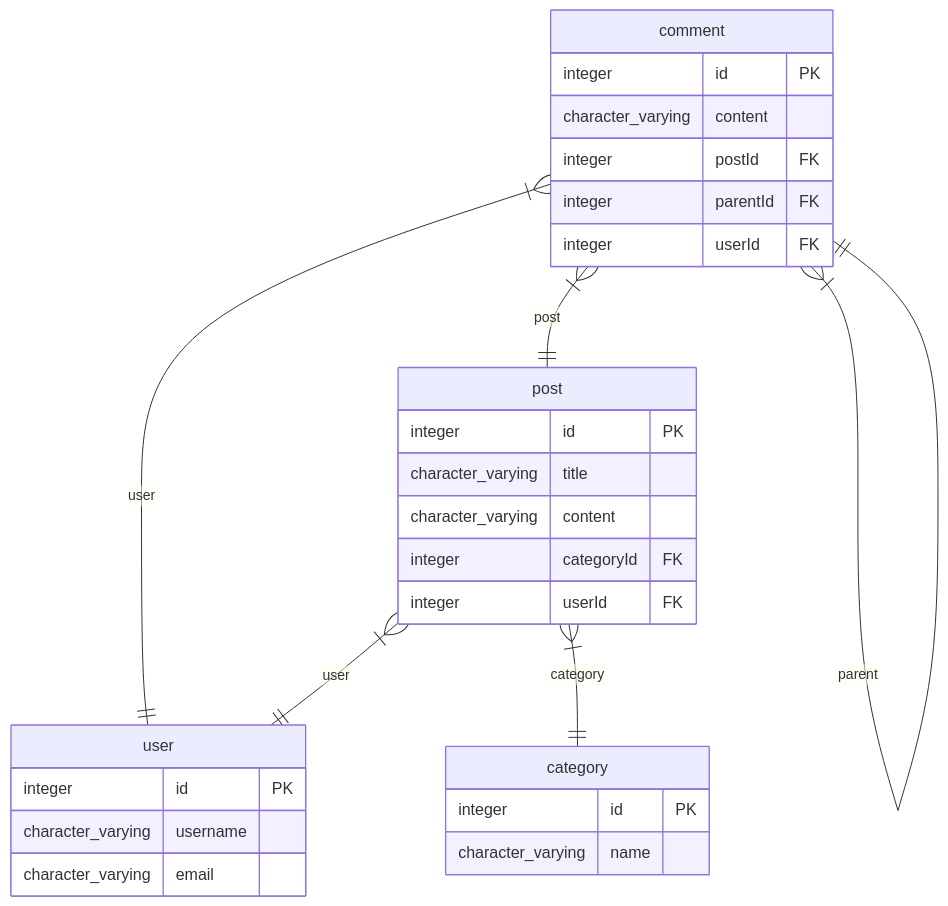
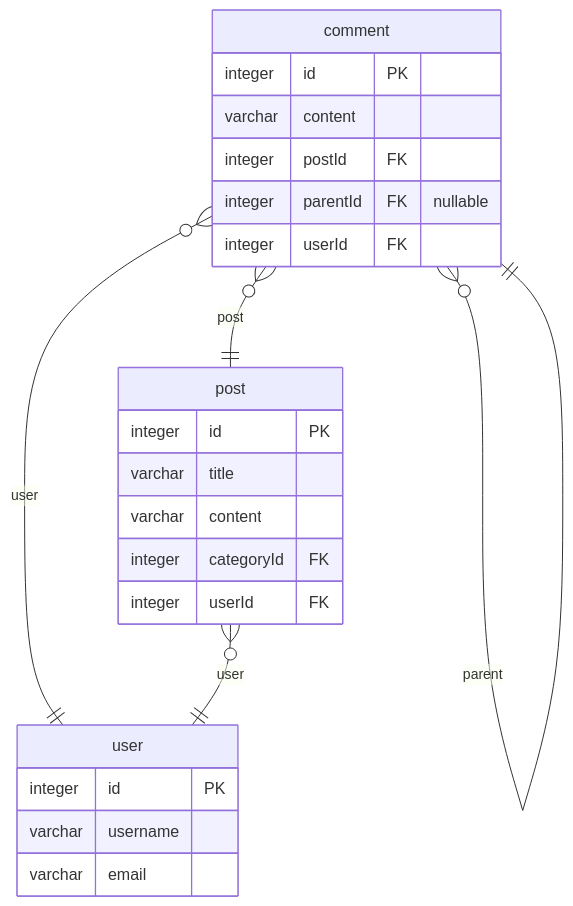
One commit to hermin9804/typeorm-markdown-generator changed the first of 3 diagrams in test/test-nestjs-app/docs/postgres-erd.md. Above: the diagram before and after it, drawn with Mermaid. The commit also changed other lines of this file and 5 other files, not shown here.

````diff
--- a/test/test-nestjs-app/docs/postgres-erd.md
+++ b/test/test-nestjs-app/docs/postgres-erd.md
@@ -18,31 +18,26 @@
 ```mermaid
 erDiagram
   comment {
     integer id PK
-    character_varying content
+    varchar content
     integer postId FK
-    integer parentId FK
+    integer parentId FK "nullable"
     integer userId FK
-  }
-  category {
-    integer id PK
-    character_varying name
   }
   post {
     integer id PK
-    character_varying title
-    character_varying content
+    varchar title
+    varchar content
     integer categoryId FK
     integer userId FK
   }
   user {
     integer id PK
-    character_varying username
-    character_varying email
+    varchar username
+    varchar email
   }
-  comment }|--|| post: post
-  comment }|--|| comment: parent
-  comment }|--|| user: user
-  post }|--|| user: user
-  post }|--|| category: category
+  comment }o--|| post: post
+  comment }o--|| comment: parent
+  comment }o--|| user: user
+  post }o--|| user: user
 ```
````
